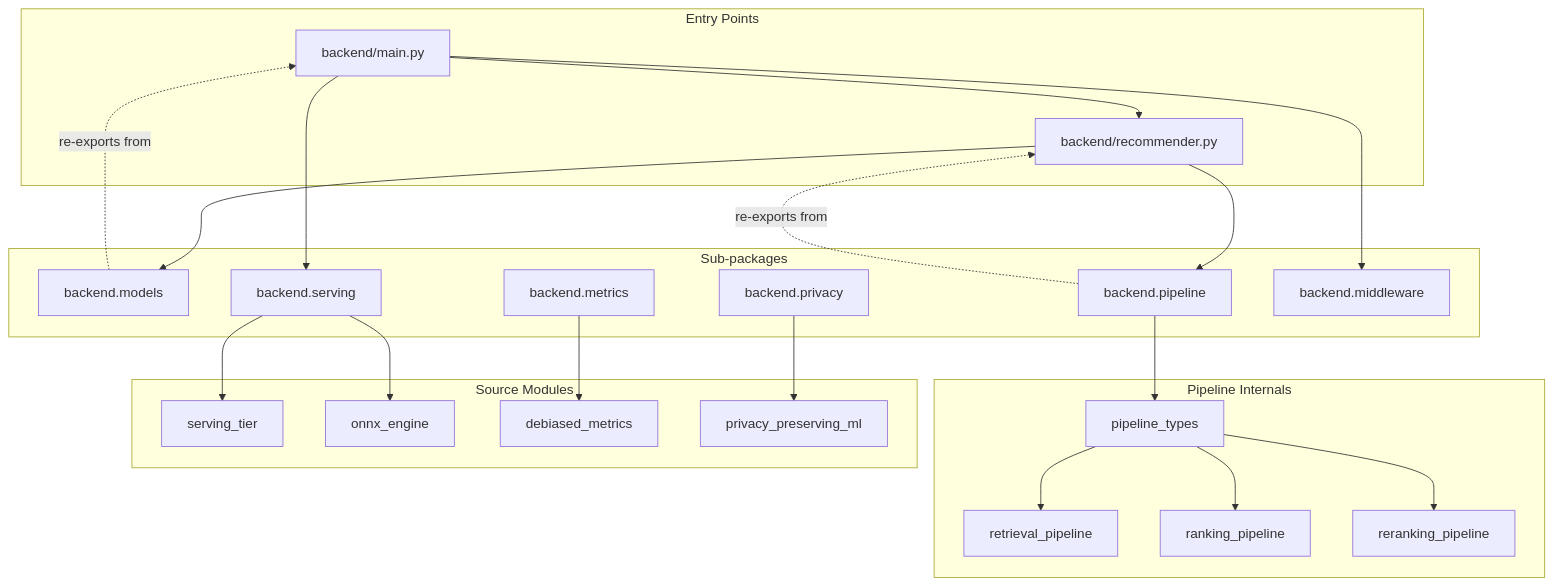
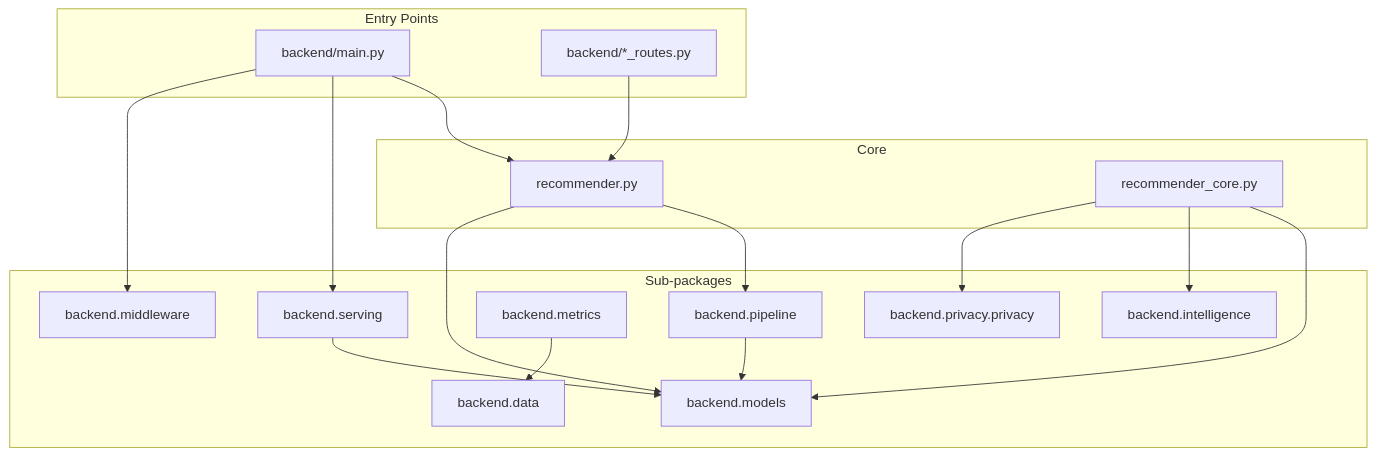
Before and after one commit to pavan-badempet/Movie-Recommendation-System: the diagram in docs/PACKAGE_STRUCTURE.md, drawn with Mermaid. The commit also changed other lines of this file and 318 other files, not shown here.

````diff
--- a/docs/PACKAGE_STRUCTURE.md
+++ b/docs/PACKAGE_STRUCTURE.md
@@ -30,51 +84,36 @@
 ```mermaid
 graph TD
     subgraph "Entry Points"
         MAIN[backend/main.py]
-        REC[backend/recommender.py]
+        ROUTES[backend/*_routes.py]
     end
 
     subgraph "Sub-packages"
         MODELS[backend.models]
         PIPELINE[backend.pipeline]
         SERVING[backend.serving]
-        PRIVACY[backend.privacy]
+        PRIVACY[backend.privacy.privacy]
         METRICS[backend.metrics]
-        MIDDLEWARE[backend.middleware]
+        INTEL[backend.intelligence]
+        DATA[backend.data]
+        MW[backend.middleware]
     end
 
-    subgraph "Pipeline Internals"
-        PT[pipeline_types]
-        RETR[retrieval_pipeline]
-        RANK[ranking_pipeline]
-        RERANK[reranking_pipeline]
-    end
-
-    subgraph "Source Modules"
-        TIER[serving_tier]
-        ONNX[onnx_engine]
-        DM[debiased_metrics]
-        PPM[privacy_preserving_ml]
+    subgraph "Core"
+        REC[recommender.py]
+        CORE[recommender_core.py]
     end
 
     MAIN --> REC
     MAIN --> SERVING
-    MAIN --> MIDDLEWARE
-
+    MAIN --> MW
+    ROUTES --> REC
     REC --> PIPELINE
     REC --> MODELS
-
-    PIPELINE --> PT
-    PT --> RETR
-    PT --> RANK
-    PT --> RERANK
-
-    SERVING --> TIER
-    SERVING --> ONNX
-
-    PRIVACY --> PPM
-    METRICS --> DM
-
-    MODELS -.->|"re-exports from"| MAIN
-    PIPELINE -.->|"re-exports from"| REC
+    CORE --> MODELS
+    CORE --> INTEL
+    CORE --> PRIVACY
+    PIPELINE --> MODELS
+    SERVING --> MODELS
+    METRICS --> DATA
 ```
````
